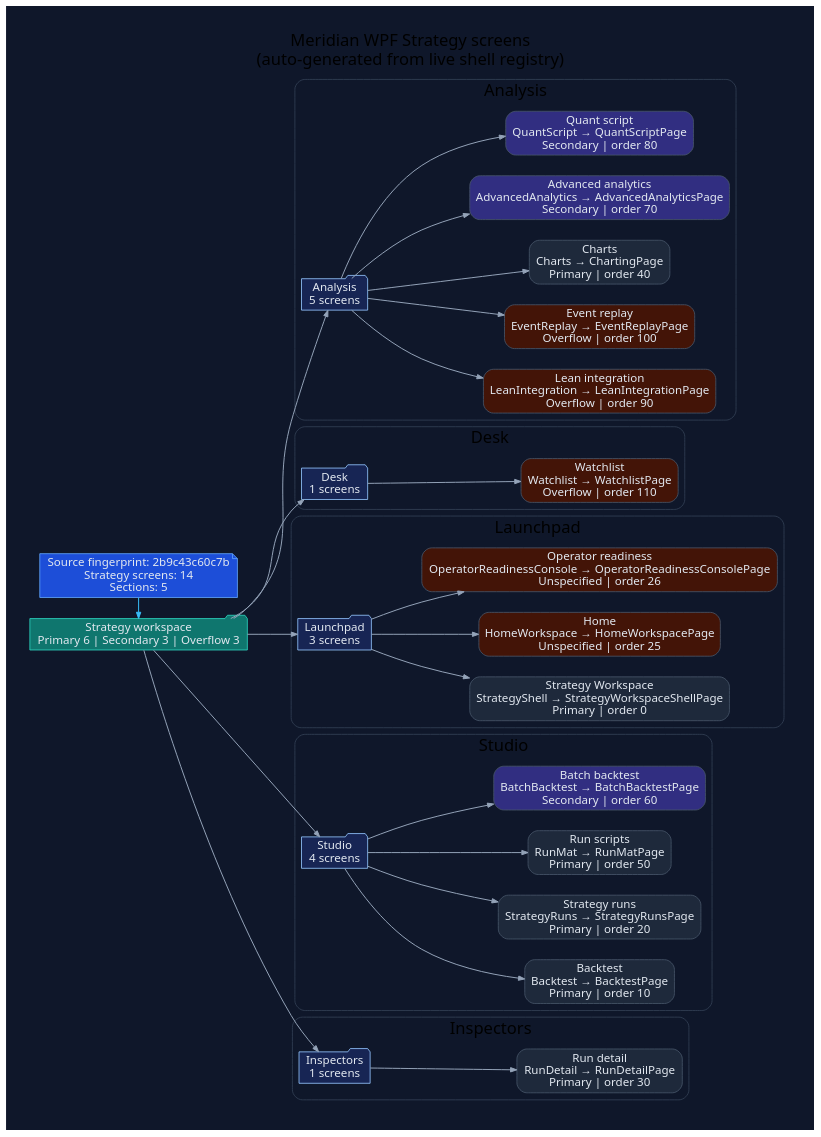
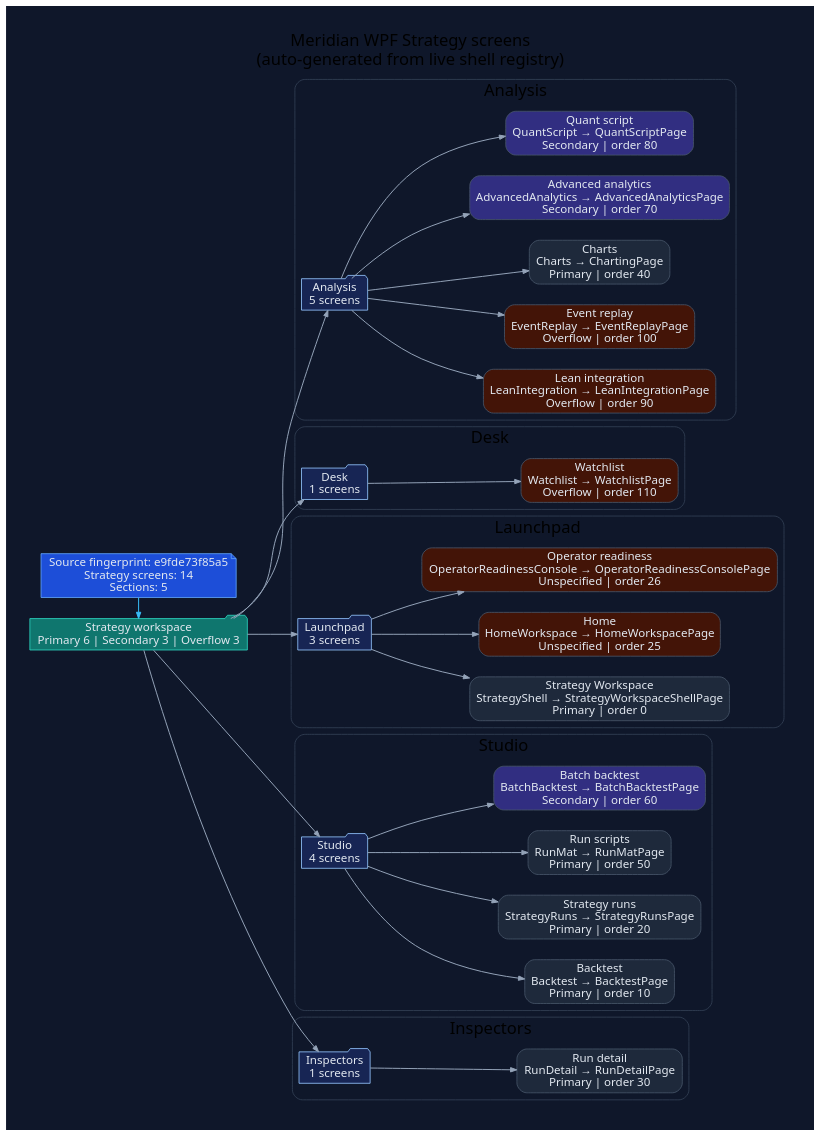
The diagram in docs/diagrams/ui/ui-wpf-screens-strategy.dot (rodoHasArrived/Meridian-main), drawn with Graphviz before and after one commit. The commit also changed 69 other files, not shown here.

Commit message:
Reject mixed close versions and refresh generated schema evidence

```diff
--- a/docs/diagrams/ui/ui-wpf-screens-strategy.dot
+++ b/docs/diagrams/ui/ui-wpf-screens-strategy.dot
@@ -1,94 +1,94 @@
 // -----------------------------------------------------------------------------
 // <auto-generated>
 // Generated by scripts/generate-diagrams.mjs.
 // Do not edit this file directly; update the WPF source files instead.
 // -----------------------------------------------------------------------------
 digraph WpfStrategyScreens {
   graph [
     rankdir=LR,
     labelloc=t,
     label="Meridian WPF Strategy screens\n(auto-generated from live shell registry)",
     fontname="Segoe UI",
     fontsize=20,
     pad=0.4,
     nodesep=0.35,
     ranksep=0.85,
     bgcolor="#0f172a"
   ];
   node [fontname="Segoe UI", shape=box, style="rounded,filled", color="#475569", fontcolor="#e2e8f0", fillcolor="#1e293b"];
   edge [fontname="Segoe UI", color="#94a3b8", penwidth=1.2, arrowsize=0.75];
 
-  generated [shape=note, fillcolor="#1d4ed8", color="#60a5fa", label="Source fingerprint: 2b9c43c60c7b\nStrategy screens: 14\nSections: 5"];
+  generated [shape=note, fillcolor="#1d4ed8", color="#60a5fa", label="Source fingerprint: e9fde73f85a5\nStrategy screens: 14\nSections: 5"];
   workspace [shape=folder, fillcolor="#0f766e", color="#2dd4bf", label="Strategy workspace\nPrimary 6 | Secondary 3 | Overflow 3"];
   generated -> workspace [color="#38bdf8"];
 
   subgraph cluster_section_1 {
     label="Analysis";
     color="#334155";
     style="rounded";
     section_1 [shape=folder, fillcolor="#172554", color="#93c5fd", label="Analysis\n5 screens"];
     workspace -> section_1;
     screen_LeanIntegration [fillcolor="#431407", label="Lean integration\nLeanIntegration → LeanIntegrationPage\nOverflow | order 90"];
     section_1 -> screen_LeanIntegration;
     screen_EventReplay [fillcolor="#431407", label="Event replay\nEventReplay → EventReplayPage\nOverflow | order 100"];
     section_1 -> screen_EventReplay;
     screen_Charts [fillcolor="#1e293b", label="Charts\nCharts → ChartingPage\nPrimary | order 40"];
     section_1 -> screen_Charts;
     screen_AdvancedAnalytics [fillcolor="#312e81", label="Advanced analytics\nAdvancedAnalytics → AdvancedAnalyticsPage\nSecondary | order 70"];
     section_1 -> screen_AdvancedAnalytics;
     screen_QuantScript [fillcolor="#312e81", label="Quant script\nQuantScript → QuantScriptPage\nSecondary | order 80"];
     section_1 -> screen_QuantScript;
   }
 
   subgraph cluster_section_2 {
     label="Desk";
     color="#334155";
     style="rounded";
     section_2 [shape=folder, fillcolor="#172554", color="#93c5fd", label="Desk\n1 screens"];
     workspace -> section_2;
     screen_Watchlist [fillcolor="#431407", label="Watchlist\nWatchlist → WatchlistPage\nOverflow | order 110"];
     section_2 -> screen_Watchlist;
   }
 
   subgraph cluster_section_3 {
     label="Launchpad";
     color="#334155";
     style="rounded";
     section_3 [shape=folder, fillcolor="#172554", color="#93c5fd", label="Launchpad\n3 screens"];
     workspace -> section_3;
     screen_StrategyShell [fillcolor="#1e293b", label="Strategy Workspace\nStrategyShell → StrategyWorkspaceShellPage\nPrimary | order 0"];
     section_3 -> screen_StrategyShell;
     screen_HomeWorkspace [fillcolor="#431407", label="Home\nHomeWorkspace → HomeWorkspacePage\nUnspecified | order 25"];
     section_3 -> screen_HomeWorkspace;
     screen_OperatorReadinessConsole [fillcolor="#431407", label="Operator readiness\nOperatorReadinessConsole → OperatorReadinessConsolePage\nUnspecified | order 26"];
     section_3 -> screen_OperatorReadinessConsole;
   }
 
   subgraph cluster_section_4 {
     label="Studio";
     color="#334155";
     style="rounded";
     section_4 [shape=folder, fillcolor="#172554", color="#93c5fd", label="Studio\n4 screens"];
     workspace -> section_4;
     screen_Backtest [fillcolor="#1e293b", label="Backtest\nBacktest → BacktestPage\nPrimary | order 10"];
     section_4 -> screen_Backtest;
     screen_StrategyRuns [fillcolor="#1e293b", label="Strategy runs\nStrategyRuns → StrategyRunsPage\nPrimary | order 20"];
     section_4 -> screen_StrategyRuns;
     screen_RunMat [fillcolor="#1e293b", label="Run scripts\nRunMat → RunMatPage\nPrimary | order 50"];
     section_4 -> screen_RunMat;
     screen_BatchBacktest [fillcolor="#312e81", label="Batch backtest\nBatchBacktest → BatchBacktestPage\nSecondary | order 60"];
     section_4 -> screen_BatchBacktest;
   }
 
   subgraph cluster_section_5 {
     label="Inspectors";
     color="#334155";
     style="rounded";
     section_5 [shape=folder, fillcolor="#172554", color="#93c5fd", label="Inspectors\n1 screens"];
     workspace -> section_5;
     screen_RunDetail [fillcolor="#1e293b", label="Run detail\nRunDetail → RunDetailPage\nPrimary | order 30"];
     section_5 -> screen_RunDetail;
   }
 
   { rank=min; generated; workspace; }
 }
```
